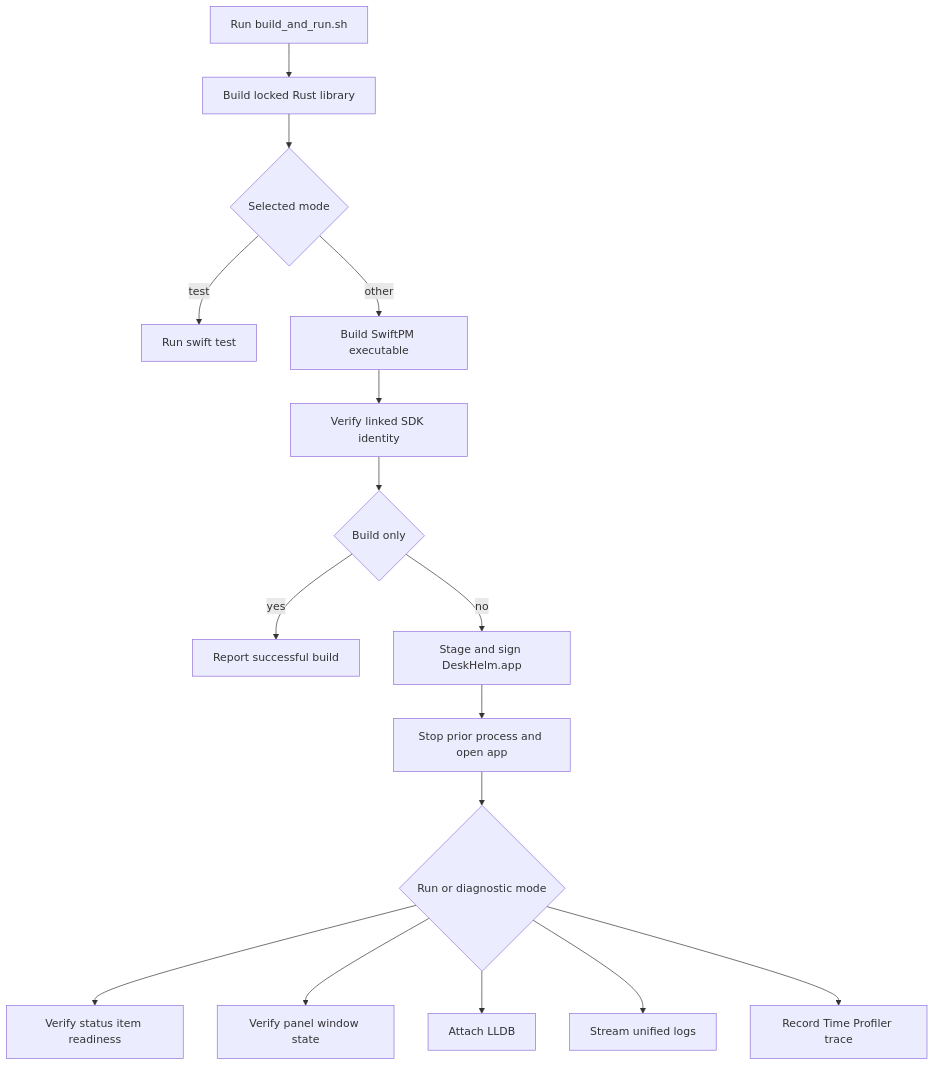
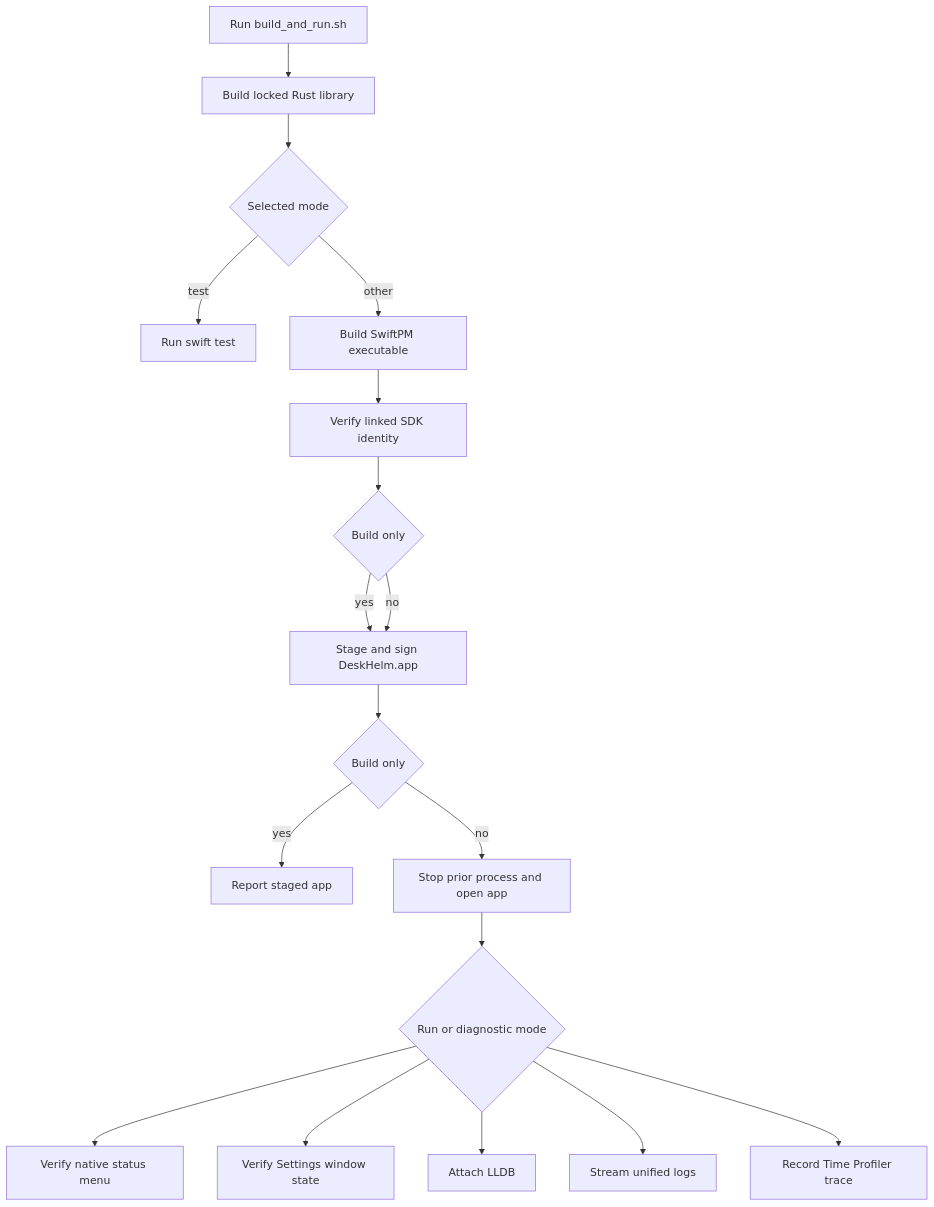
The diagram in openwiki/operations.md (acg-box/deskhelm), drawn with Mermaid before and after one commit. The commit also changed other lines of this file and 6 other files, not shown here.

Commit message:
{"schema":"decodex/commit/2","change":"Document native settings and menu workflows","authority":"manual","impact":"compatible"}

````diff
--- a/openwiki/operations.md
+++ b/openwiki/operations.md
@@ -112,18 +116,20 @@
 ```mermaid
 flowchart TD
     Start["Run build_and_run.sh"] --> Rust["Build locked Rust library"]
     Rust --> Mode{"Selected mode"}
     Mode -->|test| Tests["Run swift test"]
     Mode -->|other| Swift["Build SwiftPM executable"]
     Swift --> SDK["Verify linked SDK identity"]
     SDK --> BuildOnly{"Build only"}
-    BuildOnly -->|yes| Stop["Report successful build"]
-    BuildOnly -->|no| Stage["Stage and sign DeskHelm.app"]
-    Stage --> Launch["Stop prior process and open app"]
+    BuildOnly -->|yes| Stage["Stage and sign DeskHelm.app"]
+    BuildOnly -->|no| Stage
+    Stage --> Finish{"Build only"}
+    Finish -->|yes| Stop["Report staged app"]
+    Finish -->|no| Launch["Stop prior process and open app"]
     Launch --> Action{"Run or diagnostic mode"}
-    Action --> Verify["Verify status item readiness"]
-    Action --> VerifyPanel["Verify panel window state"]
+    Action --> Verify["Verify native status menu"]
+    Action --> VerifySettings["Verify Settings window state"]
     Action --> Debug["Attach LLDB"]
     Action --> Logs["Stream unified logs"]
     Action --> Telemetry["Record Time Profiler trace"]
 ```
````
